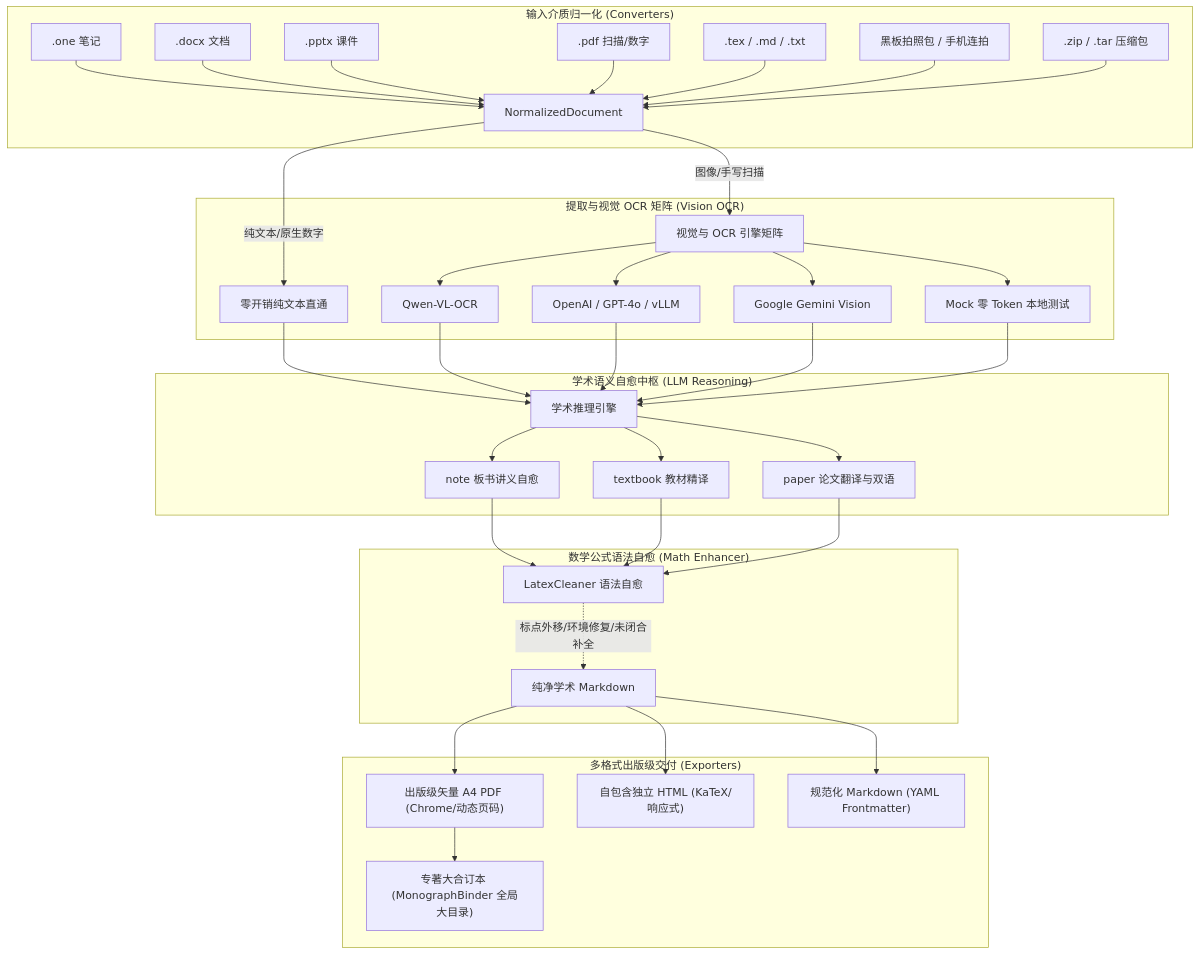
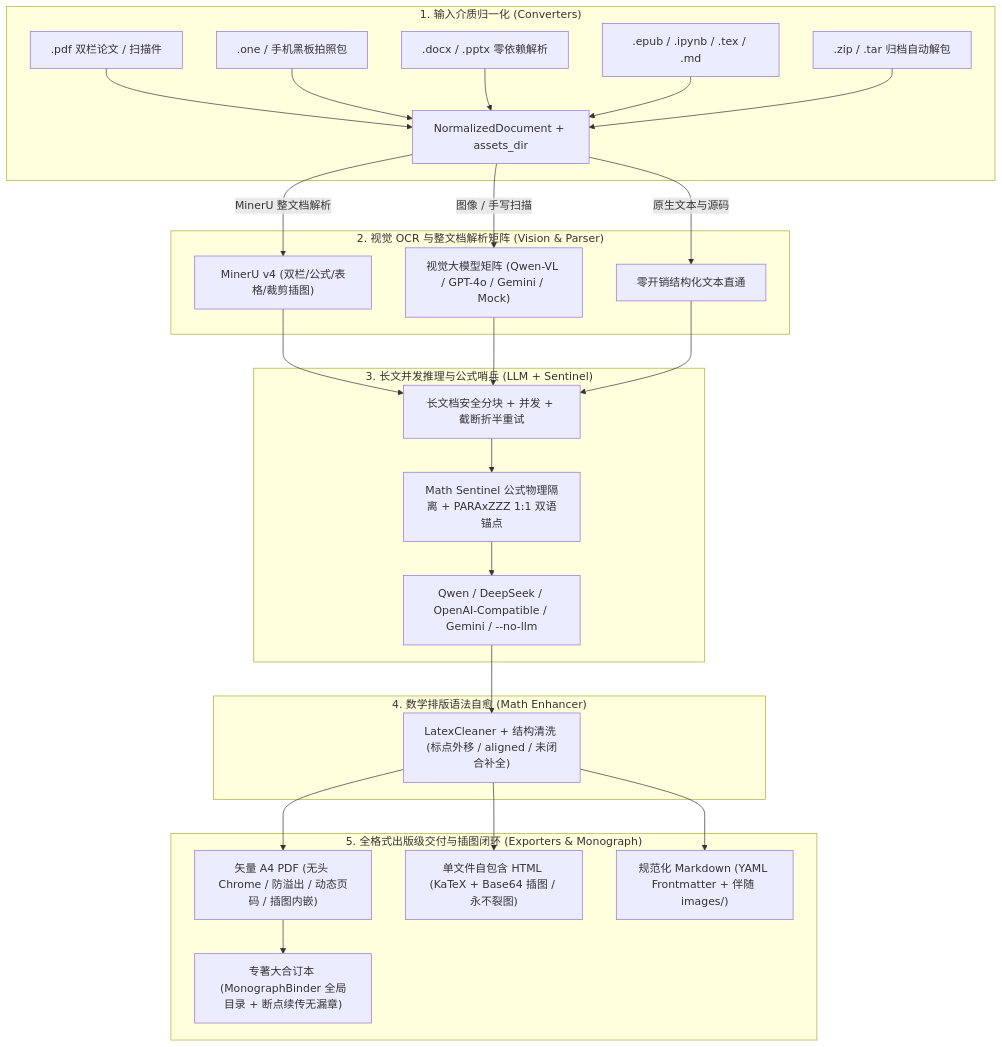
One commit to fengxinyuan/academic-core changed the diagram in README.md. Above: the diagram before and after it, drawn with Mermaid. The commit also changed other lines of this file and 25 other files, not shown here.

Commit message:
feat: v2.1 complete paper/book/photo pipeline with MinerU, chunking, sentinel, bilingual & figure closure

````diff
--- a/README.md
+++ b/README.md
@@ -10,46 +10,35 @@
 ```mermaid
 flowchart TD
-    subgraph IN ["输入介质归一化 (Converters)"]
-        A1[".one 笔记"] --> N["NormalizedDocument"]
-        A2[".docx 文档"] --> N
-        A3[".pptx 课件"] --> N
-        A4[".pdf 扫描/数字"] --> N
-        A5[".tex / .md / .txt"] --> N
-        A6["黑板拍照包 / 手机连拍"] --> N
-        A7[".zip / .tar 压缩包"] --> N
+    subgraph IN ["1. 输入介质归一化 (Converters)"]
+        A1[".pdf 双栏论文 / 扫描件"] --> N["NormalizedDocument + assets_dir"]
+        A2[".one / 手机黑板拍照包"] --> N
+        A3[".docx / .pptx 零依赖解析"] --> N
+        A4[".epub / .ipynb / .tex / .md"] --> N
+        A5[".zip / .tar 归档自动解包"] --> N
     end
 
-    subgraph ENG ["提取与视觉 OCR 矩阵 (Vision OCR)"]
-        N -->|纯文本/原生数字| TEXT["零开销纯文本直通"]
-        N -->|图像/手写扫描| OCR["视觉与 OCR 引擎矩阵"]
-        OCR --> QWEN["Qwen-VL-OCR"]
-        OCR --> OAI["OpenAI / GPT-4o / vLLM"]
-        OCR --> GEM["Google Gemini Vision"]
-        OCR --> MOCK["Mock 零 Token 本地测试"]
+    subgraph ENG ["2. 视觉 OCR 与整文档解析矩阵 (Vision & Parser)"]
+        N -->|MinerU 整文档解析| MIN["MinerU v4 (双栏/公式/表格/裁剪插图)"]
+        N -->|图像 / 手写扫描| OCR["视觉大模型矩阵 (Qwen-VL / GPT-4o / Gemini / Mock)"]
+        N -->|原生文本与源码| TEXT["零开销结构化文本直通"]
     end
 
-    subgraph LLM ["学术语义自愈中枢 (LLM Reasoning)"]
-        TEXT --> L_ENG["学术推理引擎"]
-        QWEN --> L_ENG
-        OAI --> L_ENG
-        GEM --> L_ENG
-        MOCK --> L_ENG
-        L_ENG --> TASK1["note 板书讲义自愈"]
-        L_ENG --> TASK2["textbook 教材精译"]
-        L_ENG --> TASK3["paper 论文翻译与双语"]
+    subgraph LLM ["3. 长文并发推理与公式哨兵 (LLM + Sentinel)"]
+        MIN --> CHUNK["长文档安全分块 + 并发 + 截断折半重试"]
+        OCR --> CHUNK
+        TEXT --> CHUNK
+        CHUNK --> SENT["Math Sentinel 公式物理隔离 + PARAxZZZ 1:1 双语锚点"]
+        SENT --> BACK["Qwen / DeepSeek / OpenAI-Compatible / Gemini / --no-llm"]
     end
 
-    subgraph MATH ["数学公式语法自愈 (Math Enhancer)"]
-        TASK1 --> L_FIX["LatexCleaner 语法自愈"]
-        TASK2 --> L_FIX
-        TASK3 --> L_FIX
-        L_FIX -.->|标点外移/环境修复/未闭合补全| HEALED["纯净学术 Markdown"]
+    subgraph MATH ["4. 数学排版语法自愈 (Math Enhancer)"]
+        BACK --> L_FIX["LatexCleaner + 结构清洗 (标点外移 / aligned / 未闭合补全)"]
     end
 
-    subgraph OUT ["多格式出版级交付 (Exporters)"]
-        HEALED --> EXP_PDF["出版级矢量 A4 PDF (Chrome/动态页码)"]
-        HEALED --> EXP_HTML["自包含独立 HTML (KaTeX/响应式)"]
-        HEALED --> EXP_MD["规范化 Markdown (YAML Frontmatter)"]
-        EXP_PDF --> BIND["专著大合订本 (MonographBinder 全局大目录)"]
+    subgraph OUT ["5. 全格式出版级交付与插图闭环 (Exporters & Monograph)"]
+        L_FIX --> EXP_PDF["矢量 A4 PDF (无头 Chrome / 防溢出 / 动态页码 / 插图内嵌)"]
+        L_FIX --> EXP_HTML["单文件自包含 HTML (KaTeX + Base64 插图 / 永不裂图)"]
+        L_FIX --> EXP_MD["规范化 Markdown (YAML Frontmatter + 伴随 images/)"]
+        EXP_PDF --> BIND["专著大合订本 (MonographBinder 全局目录 + 断点续传无漏章)"]
     end
 ```
````
